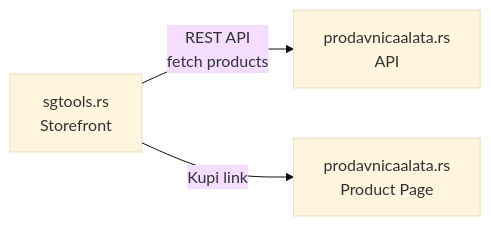
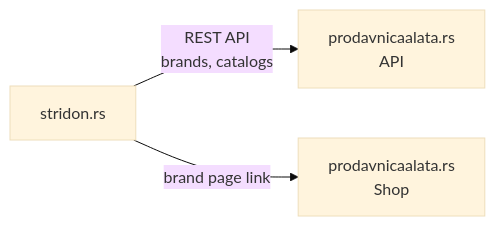
Before and after one commit to lukamarkovicc03/stridon-presentational-websites: the diagram in apps/stridon/README.md, drawn with Mermaid (base theme). The commit also changed other lines of this file, not shown here.

First line of the commit message:
docs(stridon): replace the copied SG TOOLS README

````diff
--- a/apps/stridon/README.md
+++ b/apps/stridon/README.md
@@ -13,5 +14,5 @@
 ```mermaid
 graph LR
-    A[sgtools.rs<br/>Storefront] -->|REST API<br/>fetch products| B[prodavnicaalata.rs<br/>API]
-    A -->|"Kupi" link| C[prodavnicaalata.rs<br/>Product Page]
+    A[stridon.rs] -->|REST API<br/>brands, catalogs| B[prodavnicaalata.rs<br/>API]
+    A -->|brand page link| C[prodavnicaalata.rs<br/>Shop]
 ```
````
